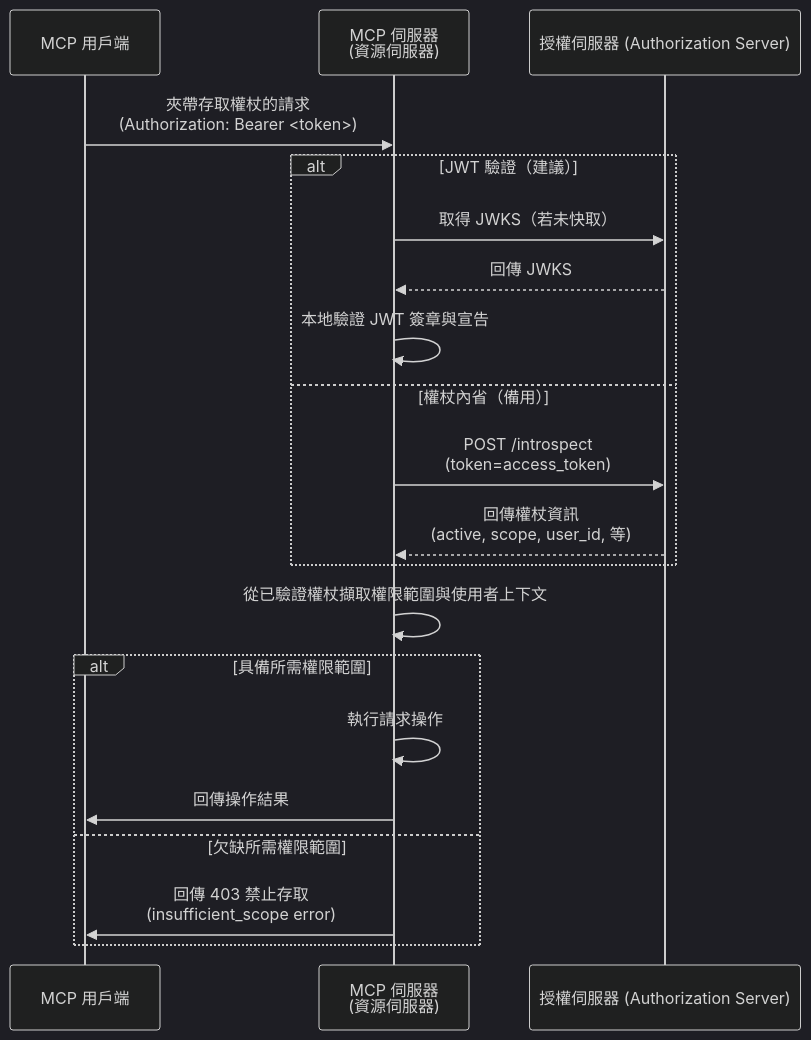
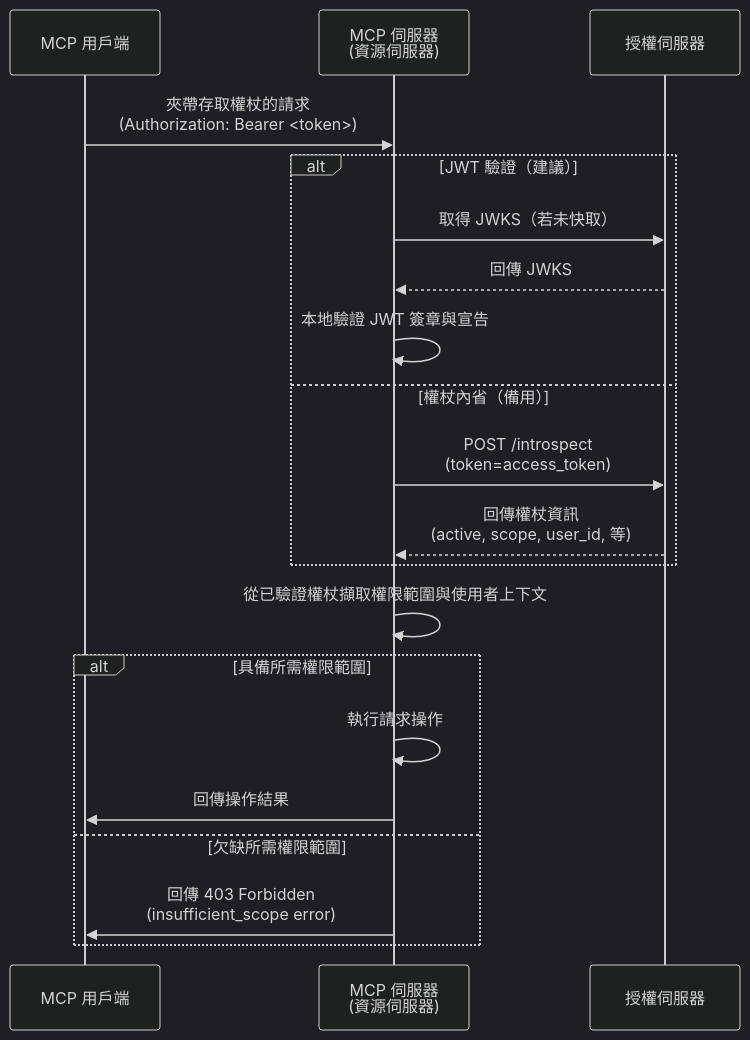
Before and after one commit to mcp-auth/docs: the second of 2 diagrams in i18n/zh-TW/docusaurus-plugin-content-docs/current/tutorials/todo-manager/README.mdx, drawn with Mermaid (dark theme). The commit also changed other lines of this file and 9 other files, not shown here.

````diff
--- a/i18n/zh-TW/docusaurus-plugin-content-docs/current/tutorials/todo-manager/README.mdx
+++ b/i18n/zh-TW/docusaurus-plugin-content-docs/current/tutorials/todo-manager/README.mdx
@@ -137,26 +137,26 @@
 ```mermaid
 sequenceDiagram
     participant Client as MCP 用戶端
     participant Server as MCP 伺服器<br/>(資源伺服器)
-    participant Auth as 授權伺服器 (Authorization Server)
+    participant Auth as 授權伺服器
 
     Client->>Server: 夾帶存取權杖的請求<br/>(Authorization: Bearer <token>)
 
     alt JWT 驗證（建議）
         Server->>Auth: 取得 JWKS（若未快取）
         Auth-->>Server: 回傳 JWKS
         Server->>Server: 本地驗證 JWT 簽章與宣告
     else 權杖內省（備用）
         Server->>Auth: POST /introspect<br/>(token=access_token)
         Auth-->>Server: 回傳權杖資訊<br/>(active, scope, user_id, 等)
     end
 
     Server->>Server: 從已驗證權杖擷取權限範圍與使用者上下文
 
     alt 具備所需權限範圍
         Server->>Server: 執行請求操作
         Server->>Client: 回傳操作結果
     else 欠缺所需權限範圍
-        Server->>Client: 回傳 403 禁止存取<br/>(insufficient_scope error)
+        Server->>Client: 回傳 403 Forbidden<br/>(insufficient_scope error)
     end
 ```
````
